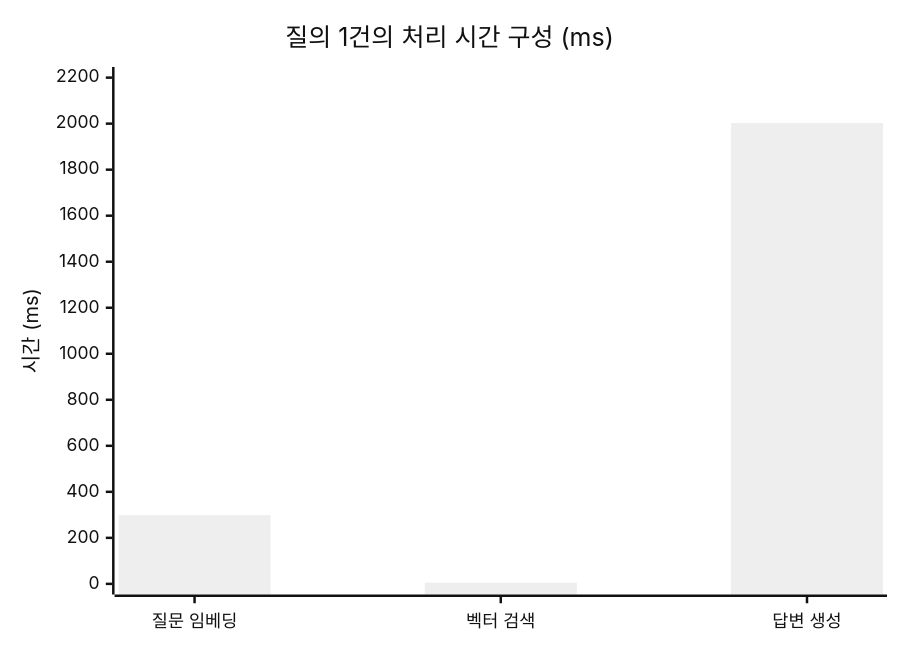
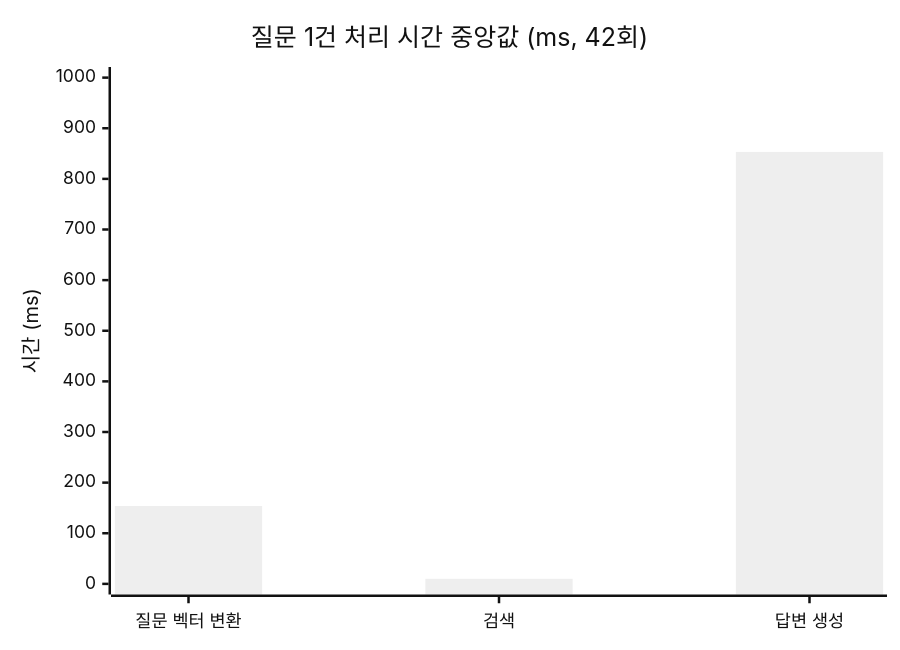
Before and after one commit to JJungH0/documind: the diagram in README.md, drawn with Mermaid (neutral theme). The commit also changed other lines of this file, not shown here.

````diff
--- a/README.md
+++ b/README.md
@@ -286,7 +294,7 @@
 ```mermaid
 xychart-beta
-    title "질의 1건의 처리 시간 구성 (ms)"
-    x-axis ["질문 임베딩", "벡터 검색", "답변 생성"]
-    y-axis "시간 (ms)" 0 --> 2200
-    bar [298.6, 5.3, 2002.8]
+    title "질문 1건 처리 시간 중앙값 (ms, 42회)"
+    x-axis ["질문 벡터 변환", "검색", "답변 생성"]
+    y-axis "시간 (ms)" 0 --> 1000
+    bar [153.9, 10.0, 853.2]
 ```
````
